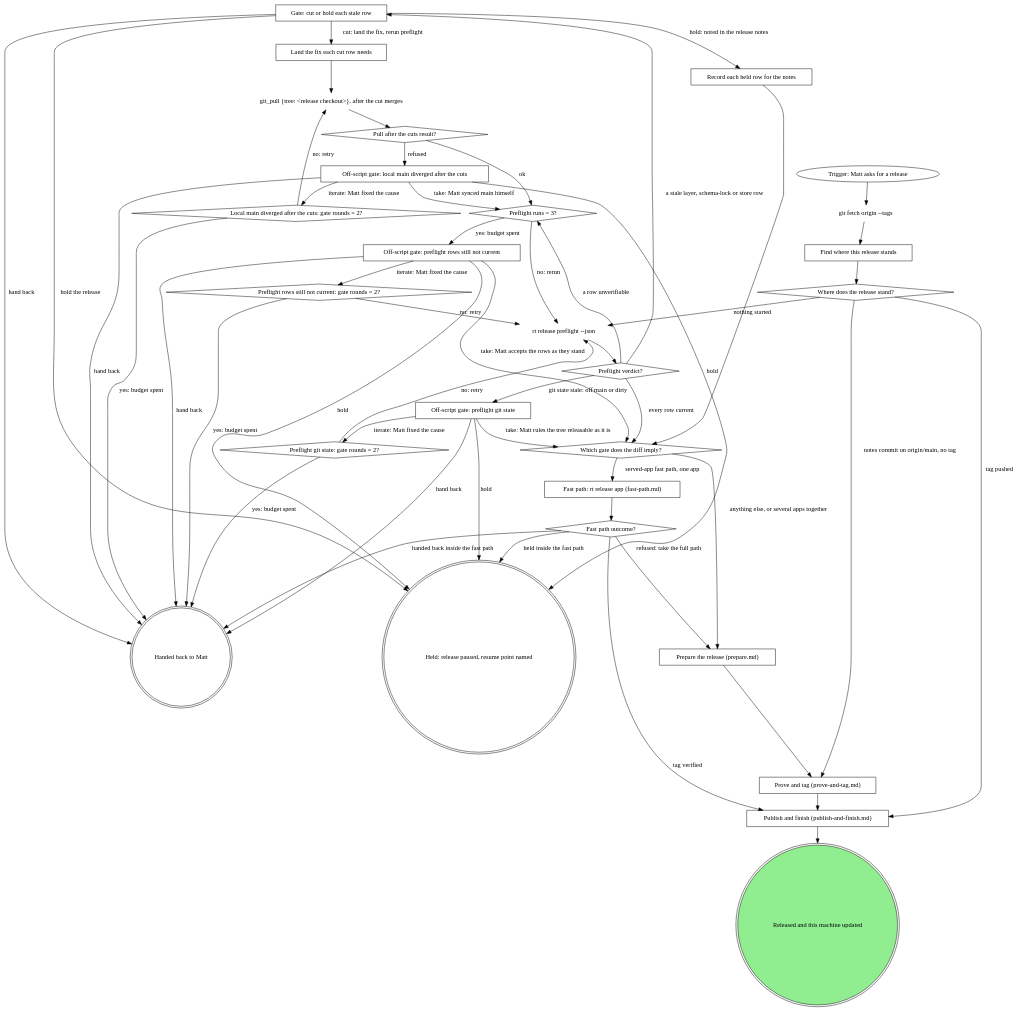
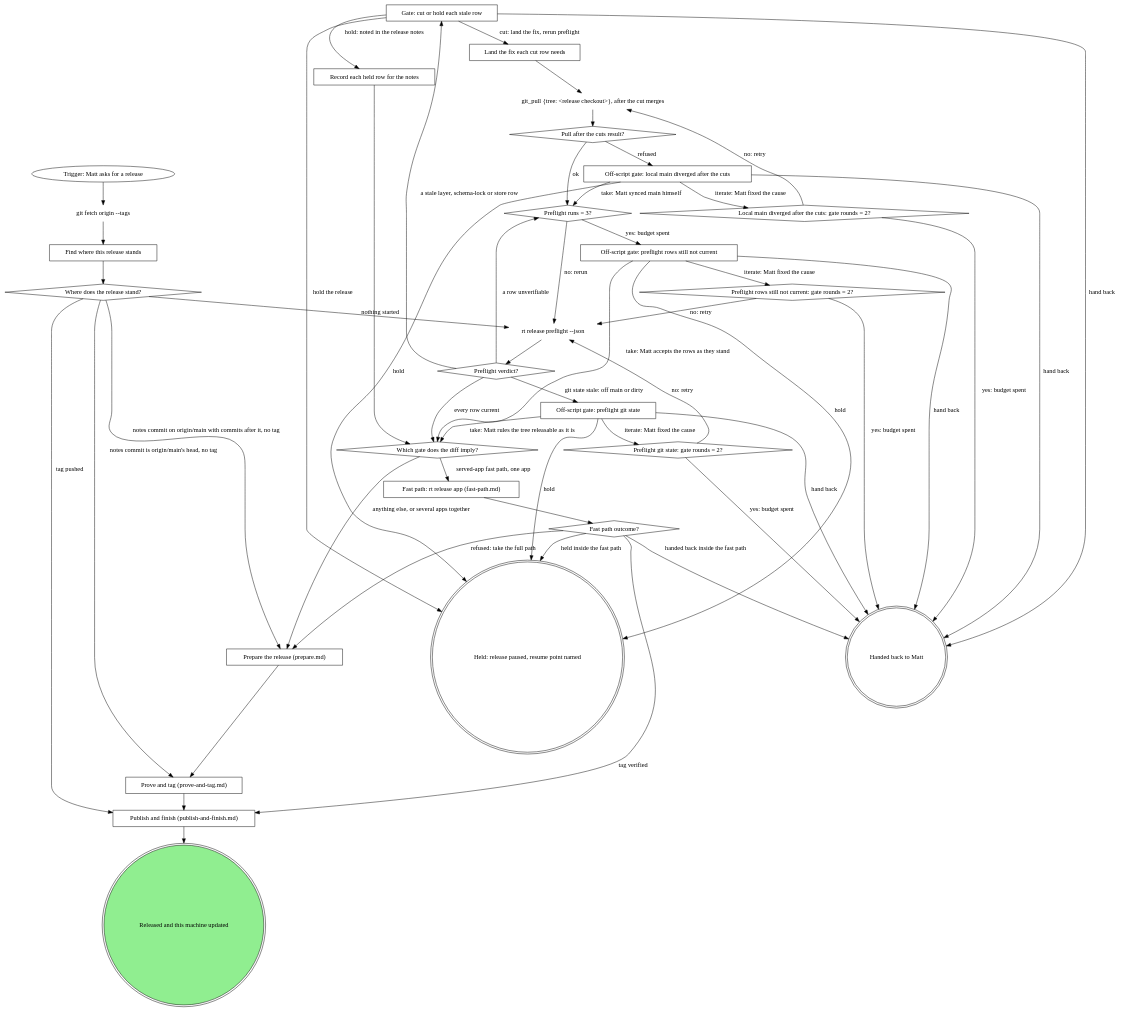
One commit to m4ttstack/mattstack changed the diagram in skills/rt-release/SKILL.md. Above: the diagram before and after it, drawn with Graphviz. The commit also changed other lines of this file and 7 other files, not shown here.

```diff
--- a/skills/rt-release/SKILL.md
+++ b/skills/rt-release/SKILL.md
@@ -60,7 +60,8 @@
     "git fetch origin --tags" -> "Find where this release stands";
     "Find where this release stands" -> "Where does the release stand?";
     "Where does the release stand?" -> "rt release preflight --json" [label="nothing started"];
-    "Where does the release stand?" -> "Prove and tag (prove-and-tag.md)" [label="notes commit on origin/main, no tag"];
+    "Where does the release stand?" -> "Prove and tag (prove-and-tag.md)" [label="notes commit is origin/main's head, no tag"];
+    "Where does the release stand?" -> "Prepare the release (prepare.md)" [label="notes commit on origin/main with commits after it, no tag"];
     "Where does the release stand?" -> "Publish and finish (publish-and-finish.md)" [label="tag pushed"];
     "rt release preflight --json" -> "Preflight verdict?";
     "Preflight verdict?" -> "Which gate does the diff imply?" [label="every row current"];
```
